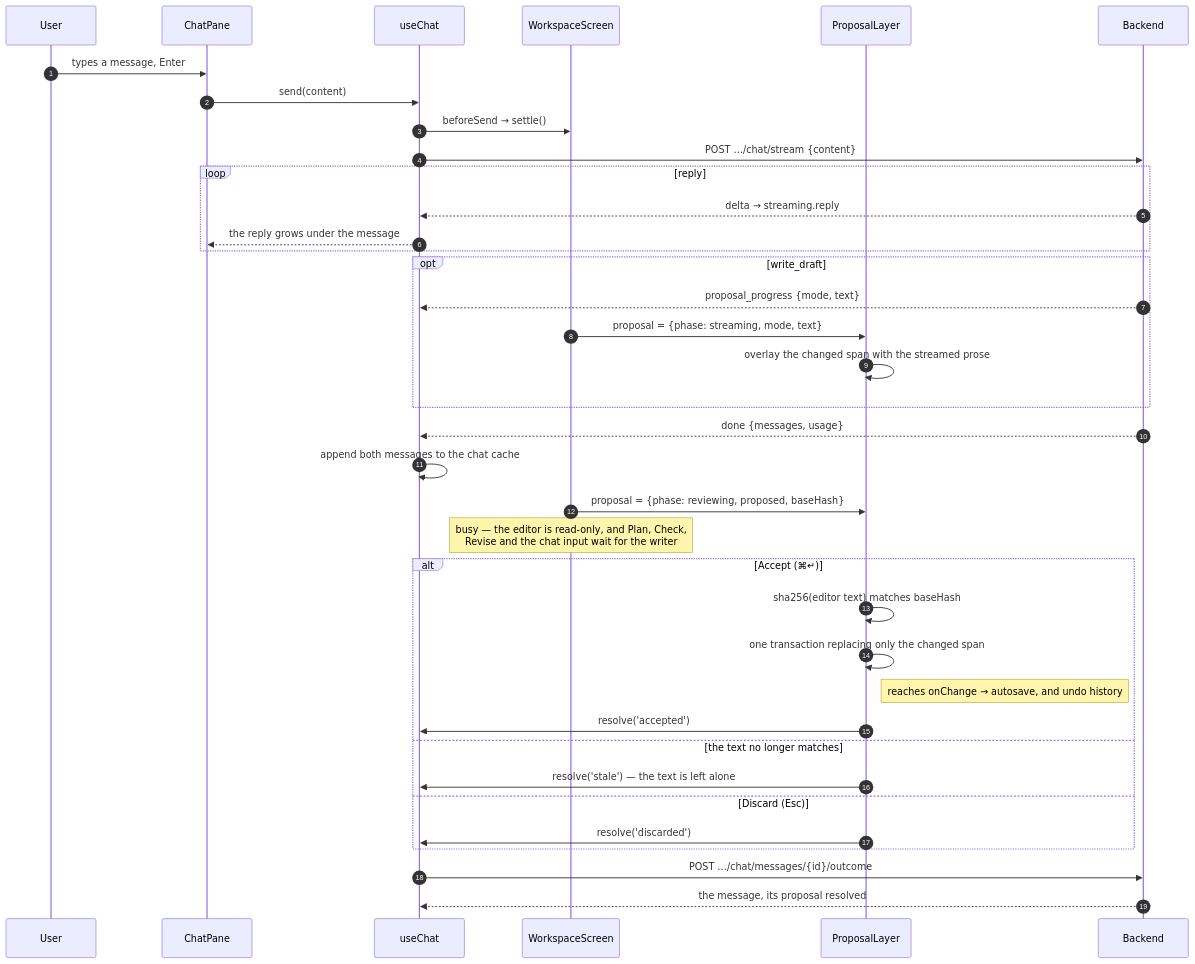
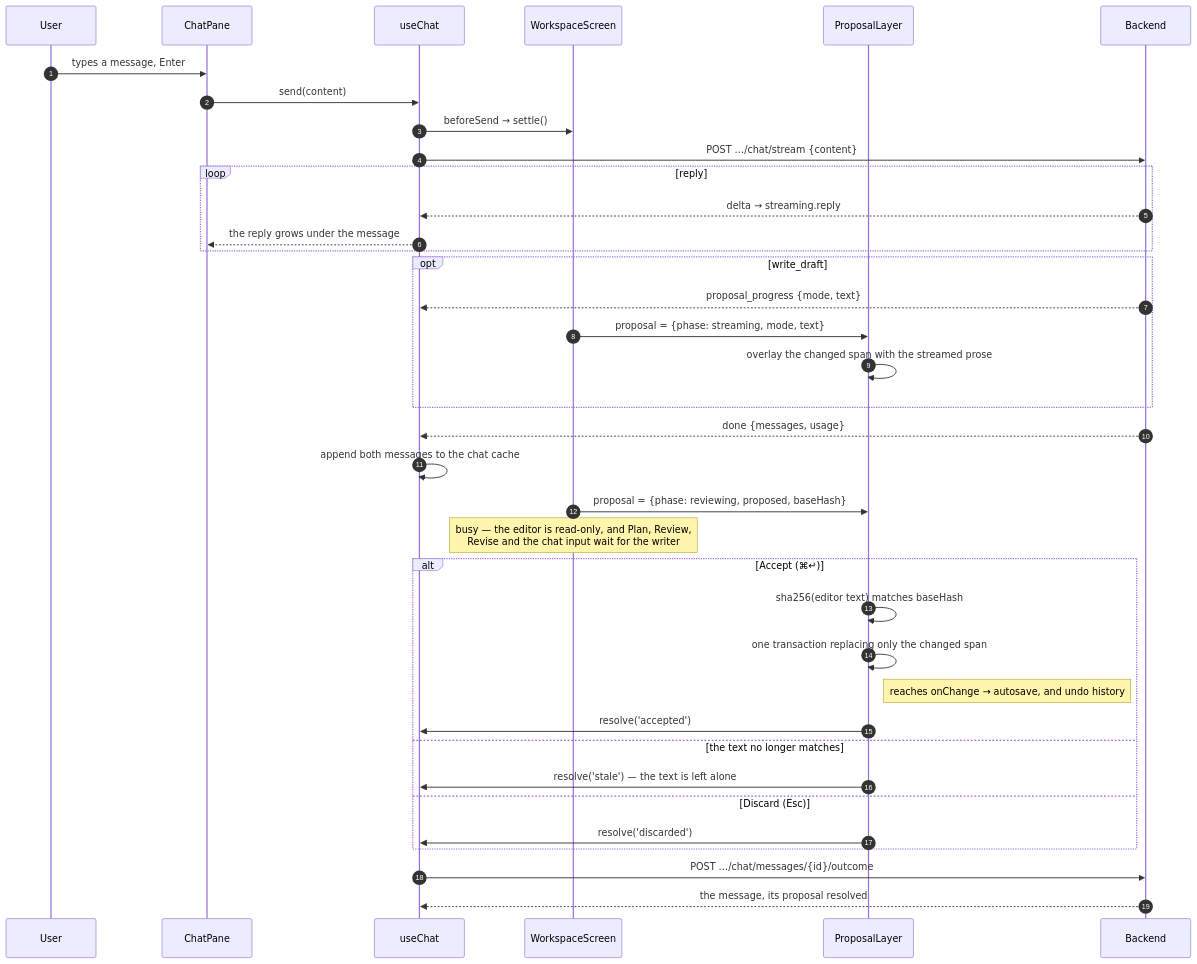
Before and after one commit to Akazz-L/maya: the fifth of 6 diagrams in docs/diagrams/05-frontend-flows.md, drawn with Mermaid. The commit also changed other lines of this file and 27 other files, not shown here.

````diff
--- a/docs/diagrams/05-frontend-flows.md
+++ b/docs/diagrams/05-frontend-flows.md
@@ -152,41 +150,41 @@
 ```mermaid
 sequenceDiagram
     autonumber
     participant U as User
     participant CP as ChatPane
     participant CH as useChat
     participant WS as WorkspaceScreen
     participant PL as ProposalLayer
     participant BE as Backend
 
     U->>CP: types a message, Enter
     CP->>CH: send(content)
     CH->>WS: beforeSend → settle()
     CH->>BE: POST …/chat/stream {content}
     loop reply
         BE-->>CH: delta → streaming.reply
         CH-->>CP: the reply grows under the message
     end
     opt write_draft
         BE-->>CH: proposal_progress {mode, text}
         WS->>PL: proposal = {phase: streaming, mode, text}
         PL->>PL: overlay the changed span with the streamed prose
     end
     BE-->>CH: done {messages, usage}
     CH->>CH: append both messages to the chat cache
     WS->>PL: proposal = {phase: reviewing, proposed, baseHash}
-    Note over WS: busy — the editor is read-only, and Plan, Check,<br/>Revise and the chat input wait for the writer
+    Note over WS: busy — the editor is read-only, and Plan, Review,<br/>Revise and the chat input wait for the writer
 
     alt Accept (⌘↵)
         PL->>PL: sha256(editor text) matches baseHash
         PL->>PL: one transaction replacing only the changed span
         Note right of PL: reaches onChange → autosave, and undo history
         PL->>CH: resolve('accepted')
     else the text no longer matches
         PL->>CH: resolve('stale') — the text is left alone
     else Discard (Esc)
         PL->>CH: resolve('discarded')
     end
     CH->>BE: POST …/chat/messages/{id}/outcome
     BE-->>CH: the message, its proposal resolved
 ```
````
